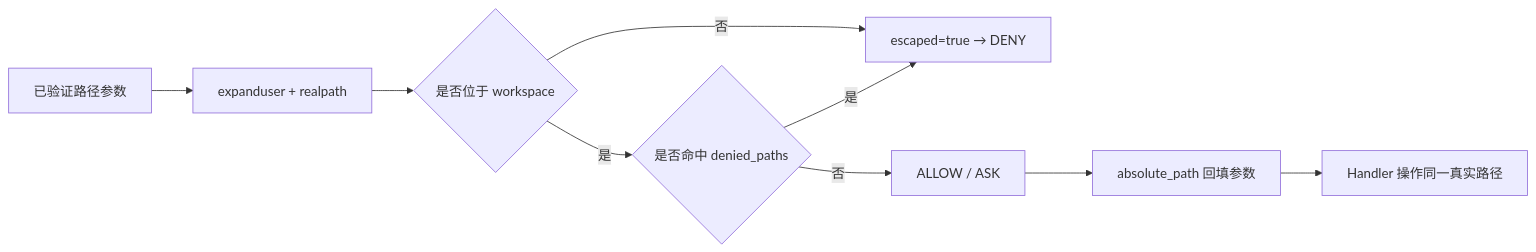
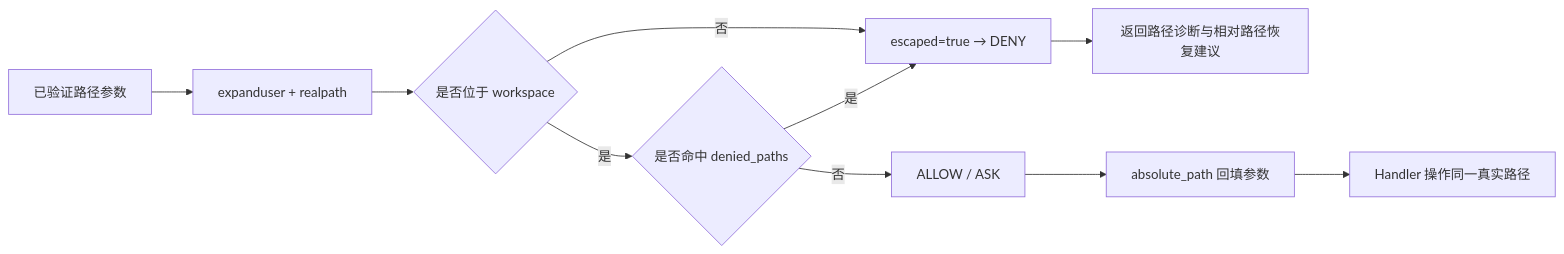
One commit to aandbcct/dotClaw changed the ninth of 11 diagrams in docs/wiki/Tool 模块总体说明.md. Above: the diagram before and after it, drawn with Mermaid. The commit also changed other lines of this file and 7 other files, not shown here.

````diff
--- a/docs/wiki/Tool 模块总体说明.md
+++ b/docs/wiki/Tool 模块总体说明.md
@@ -1113,11 +1116,12 @@
 ```mermaid
 flowchart LR
     Args["已验证路径参数"] --> Normalize["expanduser + realpath"]
     Normalize --> Check{"是否位于 workspace"}
     Check -->|否| Deny["escaped=true → DENY"]
+    Deny --> Diagnose["返回路径诊断与相对路径恢复建议"]
     Check -->|是| Rules{"是否命中 denied_paths"}
     Rules -->|是| Deny
     Rules -->|否| Decision["ALLOW / ASK"]
     Decision --> Rebind["absolute_path 回填参数"]
     Rebind --> Handler["Handler 操作同一真实路径"]
 ```
````
